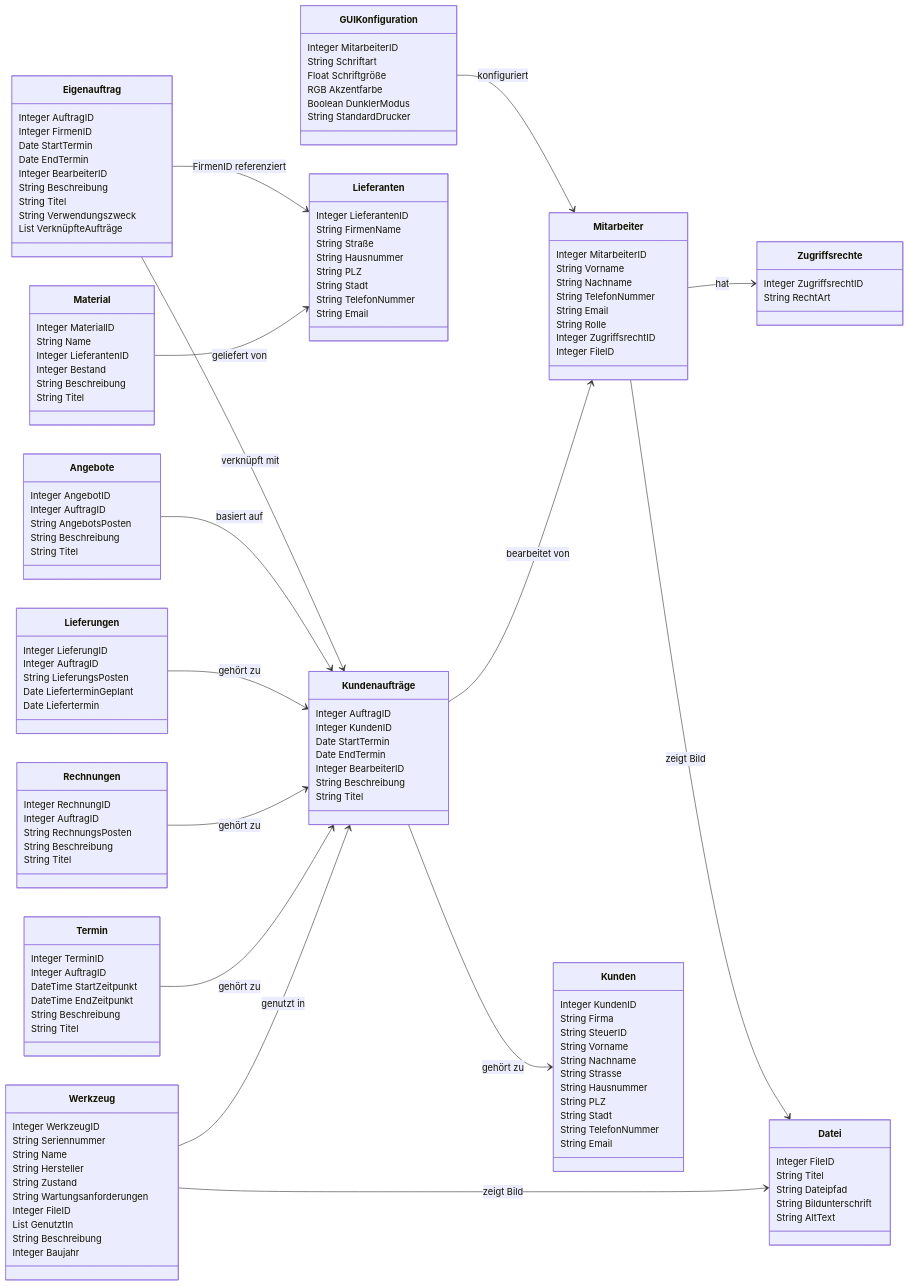
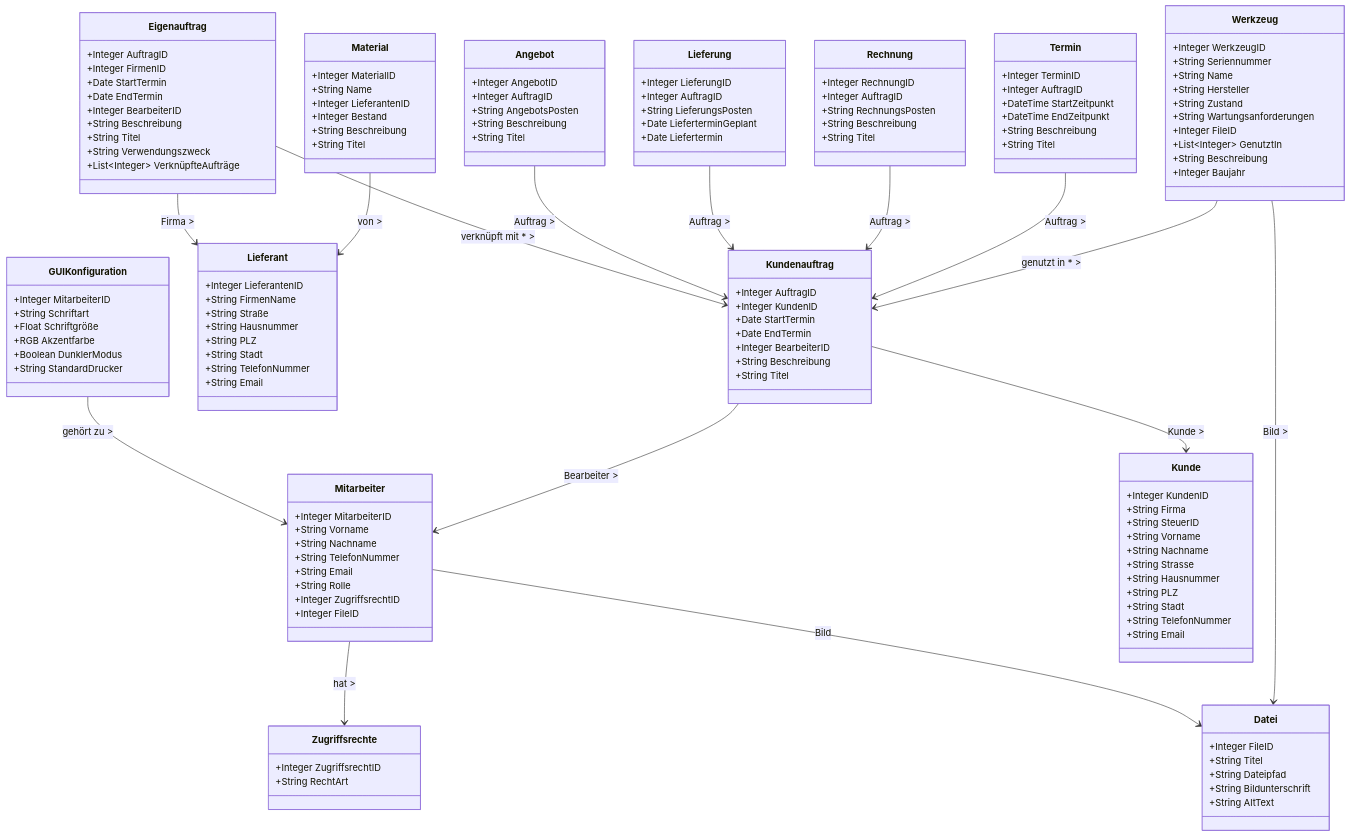
The diagram in mermaid.md (matteokosina/swe-programmentwurf), drawn with Mermaid before and after one commit.

Commit message:
new version

````diff
--- a/mermaid.md
+++ b/mermaid.md
@@ -1,154 +1,154 @@
 ```mermaid
 classDiagram
-    direction LR  %% or TB (top to bottom)
-    class Mitarbeiter {
-        Integer MitarbeiterID
-        String Vorname
-        String Nachname
-        String TelefonNummer
-        String Email
-        String Rolle
-        Integer ZugriffsrechtID
-        Integer FileID
-    }
+%% Klassen
+class Mitarbeiter {
+  +Integer MitarbeiterID
+  +String Vorname
+  +String Nachname
+  +String TelefonNummer
+  +String Email
+  +String Rolle
+  +Integer ZugriffsrechtID
+  +Integer FileID
+}
 
-    class GUIKonfiguration {
-        Integer MitarbeiterID
-        String Schriftart
-        Float Schriftgröße
-        RGB Akzentfarbe
-        Boolean DunklerModus
-        String StandardDrucker
-    }
+class GUIKonfiguration {
+  +Integer MitarbeiterID
+  +String Schriftart
+  +Float Schriftgröße
+  +RGB Akzentfarbe
+  +Boolean DunklerModus
+  +String StandardDrucker
+}
 
-    class Zugriffsrechte {
-        Integer ZugriffsrechtID
-        String RechtArt
-    }
+class Zugriffsrechte {
+  +Integer ZugriffsrechtID
+  +String RechtArt
+}
 
-    class Lieferanten {
-        Integer LieferantenID
-        String FirmenName
-        String Straße
-        String Hausnummer
-        String PLZ
-        String Stadt
-        String TelefonNummer
-        String Email
-    }
+class Lieferant {
+  +Integer LieferantenID
+  +String FirmenName
+  +String Straße
+  +String Hausnummer
+  +String PLZ
+  +String Stadt
+  +String TelefonNummer
+  +String Email
+}
 
-    class Kunden {
-        Integer KundenID
-        String Firma
-        String SteuerID
-        String Vorname
-        String Nachname
-        String Strasse
-        String Hausnummer
-        String PLZ
-        String Stadt
-        String TelefonNummer
-        String Email
-    }
+class Kunde {
+  +Integer KundenID
+  +String Firma
+  +String SteuerID
+  +String Vorname
+  +String Nachname
+  +String Strasse
+  +String Hausnummer
+  +String PLZ
+  +String Stadt
+  +String TelefonNummer
+  +String Email
+}
 
-    class Kundenaufträge {
-        Integer AuftragID
-        Integer KundenID
-        Date StartTermin
-        Date EndTermin
-        Integer BearbeiterID
-        String Beschreibung
-        String Titel
-    }
+class Kundenauftrag {
+  +Integer AuftragID
+  +Integer KundenID
+  +Date StartTermin
+  +Date EndTermin
+  +Integer BearbeiterID
+  +String Beschreibung
+  +String Titel
+}
 
-    class Eigenauftrag {
-        Integer AuftragID
-        Integer FirmenID
-        Date StartTermin
-        Date EndTermin
-        Integer BearbeiterID
-        String Beschreibung
-        String Titel
-        String Verwendungszweck
-        List<Integer> VerknüpfteAufträge
-    }
+class Eigenauftrag {
+  +Integer AuftragID
+  +Integer FirmenID
+  +Date StartTermin
+  +Date EndTermin
+  +Integer BearbeiterID
+  +String Beschreibung
+  +String Titel
+  +String Verwendungszweck
+  +List~Integer~ VerknüpfteAufträge
+}
 
-    class Angebote {
-        Integer AngebotID
-        Integer AuftragID
-        String AngebotsPosten
-        String Beschreibung
-        String Titel
-    }
+class Angebot {
+  +Integer AngebotID
+  +Integer AuftragID
+  +String AngebotsPosten
+  +String Beschreibung
+  +String Titel
+}
 
-    class Lieferungen {
-        Integer LieferungID
-        Integer AuftragID
-        String LieferungsPosten
-        Date LieferterminGeplant
-        Date Liefertermin
-    }
+class Lieferung {
+  +Integer LieferungID
+  +Integer AuftragID
+  +String LieferungsPosten
+  +Date LieferterminGeplant
+  +Date Liefertermin
+}
 
-    class Rechnungen {
-        Integer RechnungID
-        Integer AuftragID
-        String RechnungsPosten
-        String Beschreibung
-        String Titel
-    }
+class Rechnung {
+  +Integer RechnungID
+  +Integer AuftragID
+  +String RechnungsPosten
+  +String Beschreibung
+  +String Titel
+}
 
-    class Termin {
-        Integer TerminID
-        Integer AuftragID
-        DateTime StartZeitpunkt
-        DateTime EndZeitpunkt
-        String Beschreibung
-        String Titel
-    }
+class Termin {
+  +Integer TerminID
+  +Integer AuftragID
+  +DateTime StartZeitpunkt
+  +DateTime EndZeitpunkt
+  +String Beschreibung
+  +String Titel
+}
 
-    class Material {
-        Integer MaterialID
-        String Name
-        Integer LieferantenID
-        Integer Bestand
-        String Beschreibung
-        String Titel
-    }
+class Material {
+  +Integer MaterialID
+  +String Name
+  +Integer LieferantenID
+  +Integer Bestand
+  +String Beschreibung
+  +String Titel
+}
 
-    class Werkzeug {
-        Integer WerkzeugID
-        String Seriennummer
-        String Name
-        String Hersteller
-        String Zustand
-        String Wartungsanforderungen
-        Integer FileID
-        List<Integer> GenutztIn
-        String Beschreibung
-        Integer Baujahr
-    }
+class Werkzeug {
+  +Integer WerkzeugID
+  +String Seriennummer
+  +String Name
+  +String Hersteller
+  +String Zustand
+  +String Wartungsanforderungen
+  +Integer FileID
+  +List~Integer~ GenutztIn
+  +String Beschreibung
+  +Integer Baujahr
+}
 
-    class Datei {
-        Integer FileID
-        String Titel
-        String Dateipfad
-        String Bildunterschrift
-        String AltText
-    }
+class Datei {
+  +Integer FileID
+  +String Titel
+  +String Dateipfad
+  +String Bildunterschrift
+  +String AltText
+}
 
-    %% Relationships
-    Mitarbeiter --> Zugriffsrechte : hat
-    Mitarbeiter --> Datei : zeigt Bild
-    GUIKonfiguration --> Mitarbeiter : konfiguriert
-    Kundenaufträge --> Kunden : gehört zu
-    Kundenaufträge --> Mitarbeiter : bearbeitet von
-    Eigenauftrag --> Lieferanten : FirmenID referenziert
-    Eigenauftrag --> Kundenaufträge : verknüpft mit
-    Angebote --> Kundenaufträge : basiert auf
-    Lieferungen --> Kundenaufträge : gehört zu
-    Rechnungen --> Kundenaufträge : gehört zu
-    Termin --> Kundenaufträge : gehört zu
-    Material --> Lieferanten : geliefert von
-    Werkzeug --> Kundenaufträge : genutzt in
-    Werkzeug --> Datei : zeigt Bild
+%% Assoziationen
+Mitarbeiter --> Zugriffsrechte : hat >
+Mitarbeiter --> Datei : Bild
+GUIKonfiguration --> Mitarbeiter : gehört zu >
+Kundenauftrag --> Kunde : Kunde >
+Kundenauftrag --> Mitarbeiter : Bearbeiter >
+Eigenauftrag --> Lieferant : Firma >
+Eigenauftrag --> Kundenauftrag : verknüpft mit * >
+Angebot --> Kundenauftrag : Auftrag >
+Lieferung --> Kundenauftrag : Auftrag >
+Rechnung --> Kundenauftrag : Auftrag >
+Termin --> Kundenauftrag : Auftrag >
+Material --> Lieferant : von >
+Werkzeug --> Kundenauftrag : genutzt in * >
+Werkzeug --> Datei : Bild >
 ```
````
